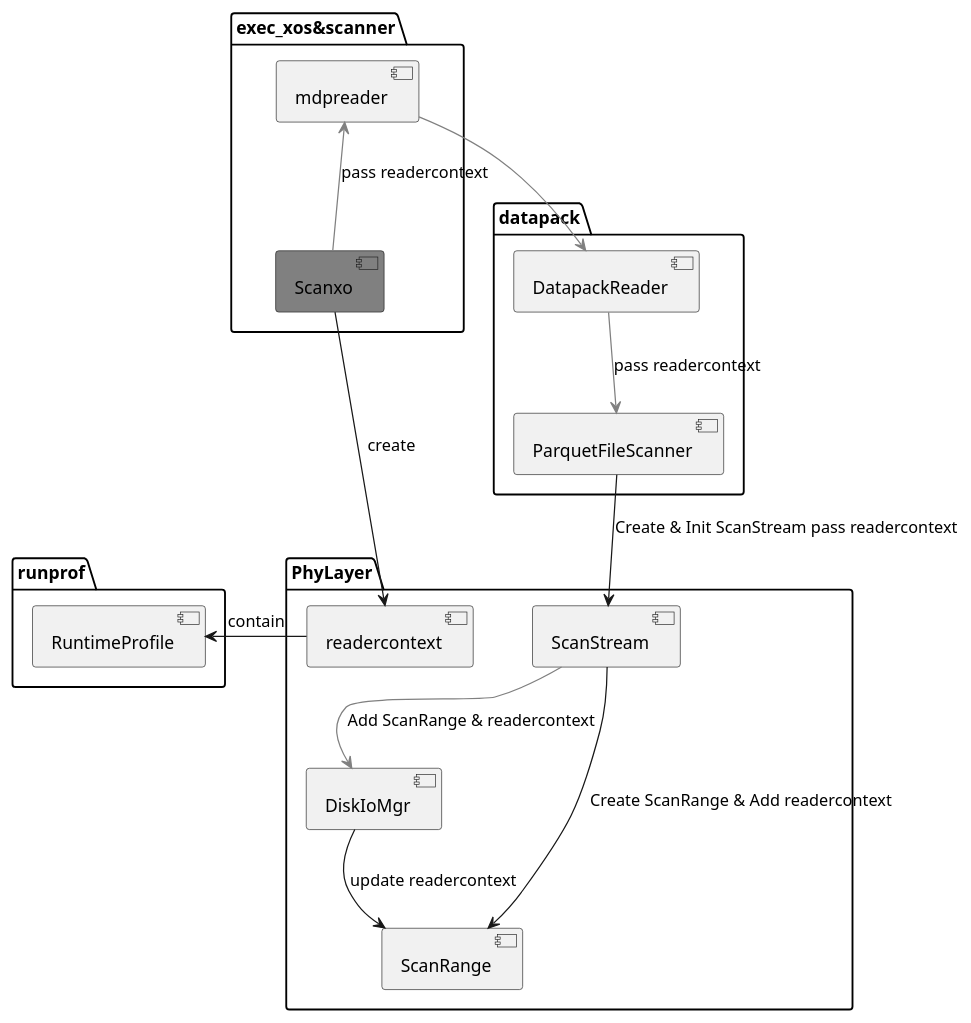
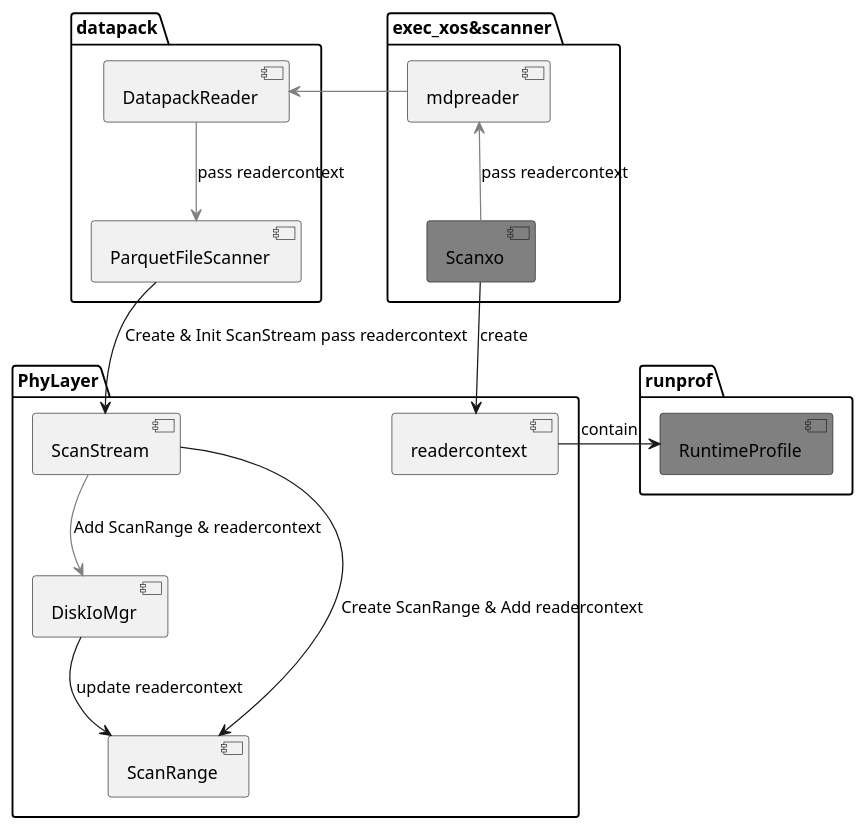
The sixth of 19 diagrams in 东方国信工作资料/diskio相关Profile/hdfsiousage实现.md (HarpsealCC/note), drawn with PlantUML before and after one commit. The commit also changed other lines of this file and 1 other file, not shown here.

````diff
--- a/东方国信工作资料/diskio相关Profile/hdfsiousage实现.md
+++ b/东方国信工作资料/diskio相关Profile/hdfsiousage实现.md
@@ -141,34 +141,34 @@
 ```plantuml
 @startuml
 
 package "exec_xos&scanner" {
 [Scanxo] #grey
 [Scanxo] -up-> [mdpreader] #grey : pass readercontext
 }
 
 package "datapack" {
 [DatapackReader] --> [ParquetFileScanner] #grey : pass readercontext
 
 }
 package "PhyLayer" {
 [readercontext] 
 [DiskIoMgr] --> [ScanRange] : update readercontext
 [ScanRange]
 [ScanStream]
 }
 package "runprof" {
-[RuntimeProfile]
+[RuntimeProfile] #grey
 }
 
-[mdpreader] --> [DatapackReader] #grey
+[mdpreader] -left-> [DatapackReader] #grey
 [Scanxo] --> [readercontext] : create 
 
 [ParquetFileScanner] --> [ScanStream] : Create & Init ScanStream pass readercontext
 [ScanStream] --> [ScanRange] : Create ScanRange & Add readercontext
 
 [ScanStream] --> [DiskIoMgr] #grey : Add ScanRange & readercontext
 
 [readercontext] -left-> [RuntimeProfile] : contain
 
 @enduml
 ```
````
